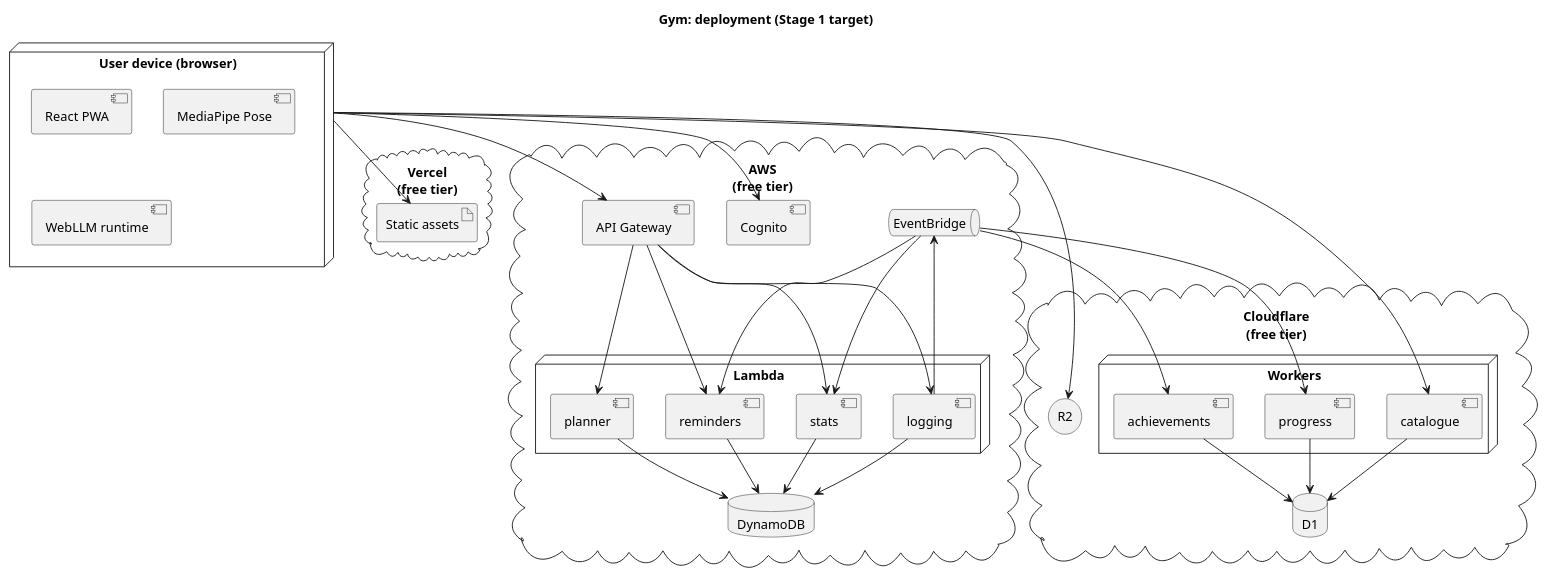
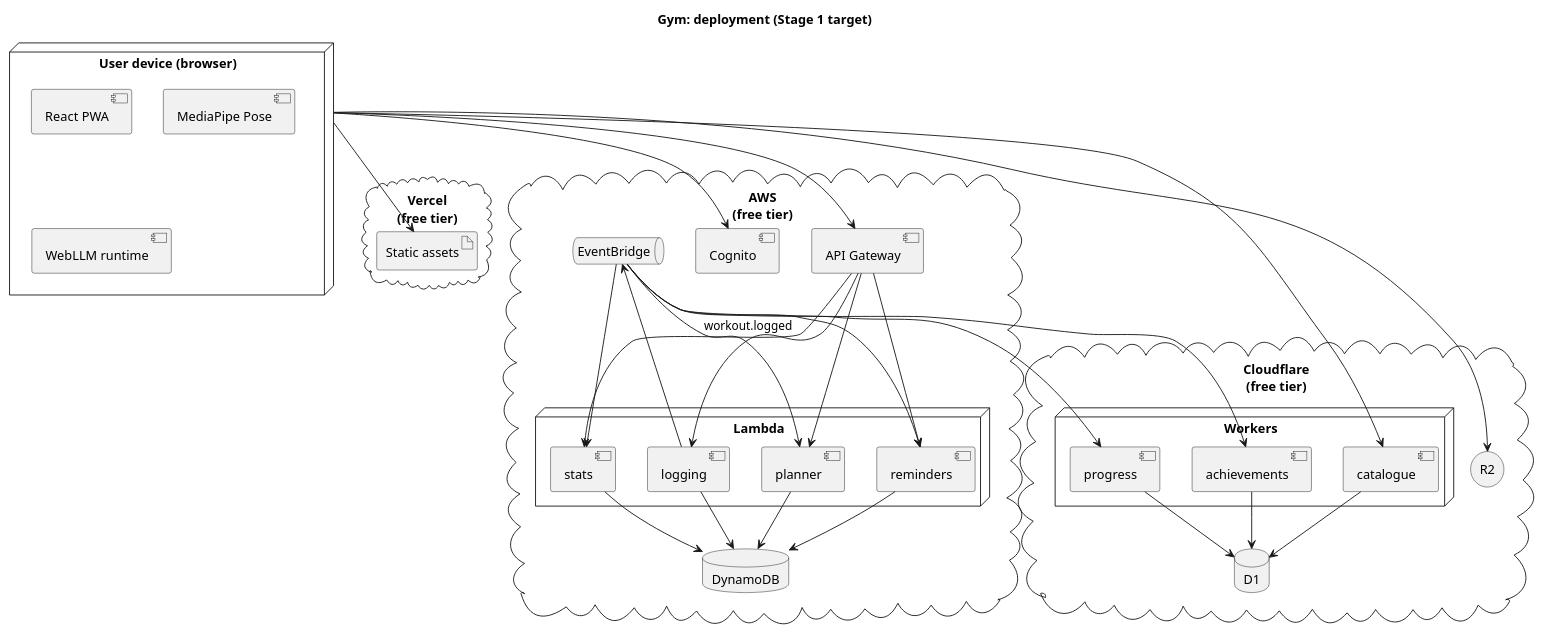
One commit to bobosiband/Gym changed the diagram in docs/uml/system/deployment.puml. Above: the diagram before and after it, drawn with PlantUML. The commit also changed 2 other files, not shown here.

Commit message:
fix: draw planner as a workout.logged consumer in system diagrams
docs/events.md lists services/planner as a consumer of workout.logged.v1, but none of the three system PlantUML diagrams showed an EventBridge arrow to planner. Add the arrow in overview, deployment, and event-flow, labelled workout.logged, so the diagrams match the event catalogue.

Other consumers of workout.logged (stats, progress, achievements, reminders) were already drawn correctly; no further mismatches to fix.

```diff
--- a/docs/uml/system/deployment.puml
+++ b/docs/uml/system/deployment.puml
@@ -1,64 +1,65 @@
 @startuml system-deployment
 title Gym: deployment (Stage 1 target)
 
 skinparam shadowing false
 
 node "User device (browser)" as Device {
   component "React PWA" as PWA
   component "MediaPipe Pose" as Pose
   component "WebLLM runtime" as WebLLM
 }
 
 cloud "Vercel\n(free tier)" {
   artifact "Static assets" as Static
 }
 
 cloud "AWS\n(free tier)" {
   component "Cognito" as Cognito
   component "API Gateway" as APIGW
   node "Lambda" {
     component "logging" as LLog
     component "stats" as LStats
     component "planner" as LPlan
     component "reminders" as LRem
   }
   database "DynamoDB" as Dynamo
   queue "EventBridge" as EB
 }
 
 cloud "Cloudflare\n(free tier)" {
   node "Workers" {
     component "catalogue" as WCat
     component "progress" as WProg
     component "achievements" as WAch
   }
   database "D1" as D1
   storage "R2" as R2
 }
 
 Device --> Static
 Device --> Cognito
 Device --> APIGW
 Device --> WCat
 Device --> R2
 
 APIGW --> LLog
 APIGW --> LStats
 APIGW --> LPlan
 APIGW --> LRem
 
 LLog --> Dynamo
 LStats --> Dynamo
 LPlan --> Dynamo
 LRem --> Dynamo
 WCat --> D1
 WProg --> D1
 WAch --> D1
 
 LLog --> EB
 EB --> LStats
+EB --> LPlan : workout.logged
 EB --> LRem
 EB --> WProg
 EB --> WAch
 
 @enduml
```
